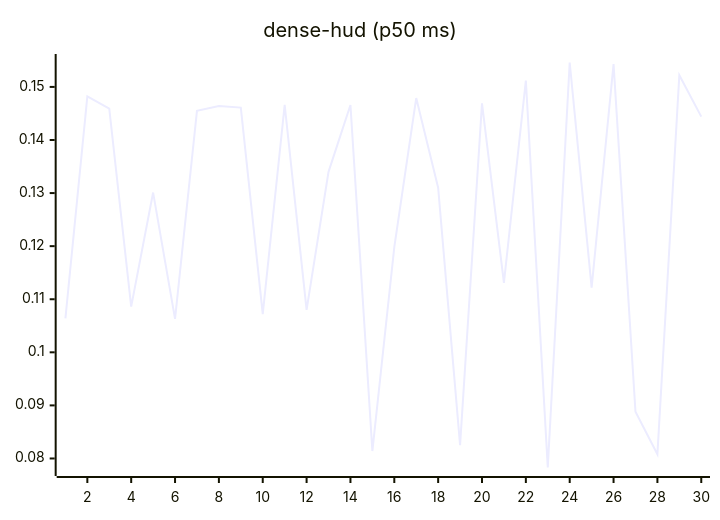
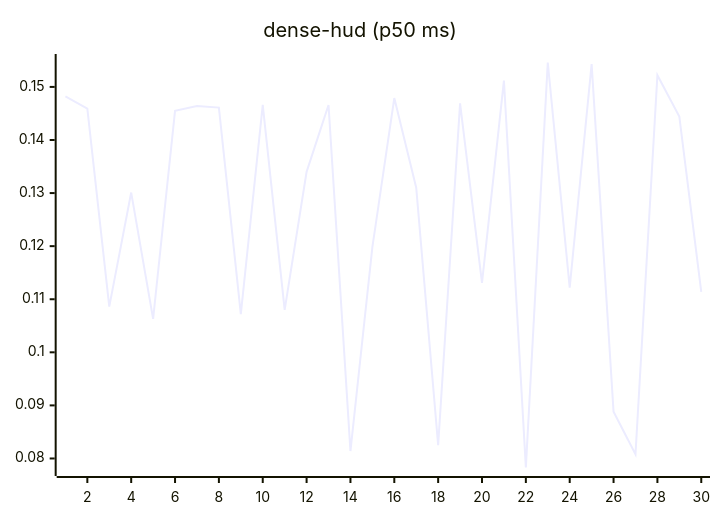
The eighth of 27 diagrams in README.md (josha/Facet), drawn with Mermaid before and after one commit. The commit also changed other lines of this file and 2 other files, not shown here.

````diff
--- a/README.md
+++ b/README.md
@@ -112,6 +112,6 @@
 ```mermaid
 xychart-beta
     title "dense-hud (p50 ms)"
     x-axis 1 --> 30
-    line [0.1064, 0.1482, 0.1459, 0.1086, 0.1301, 0.1063, 0.1455, 0.1464, 0.1461, 0.1072, 0.1466, 0.1080, 0.1340, 0.1466, 0.0814, 0.1198, 0.1479, 0.1310, 0.0825, 0.1469, 0.1131, 0.1512, 0.0783, 0.1546, 0.1122, 0.1543, 0.0888, 0.0808, 0.1522, 0.1444]
+    line [0.1482, 0.1459, 0.1086, 0.1301, 0.1063, 0.1455, 0.1464, 0.1461, 0.1072, 0.1466, 0.1080, 0.1340, 0.1466, 0.0814, 0.1198, 0.1479, 0.1310, 0.0825, 0.1469, 0.1131, 0.1512, 0.0783, 0.1546, 0.1122, 0.1543, 0.0888, 0.0808, 0.1522, 0.1444, 0.1114]
 ```
````
